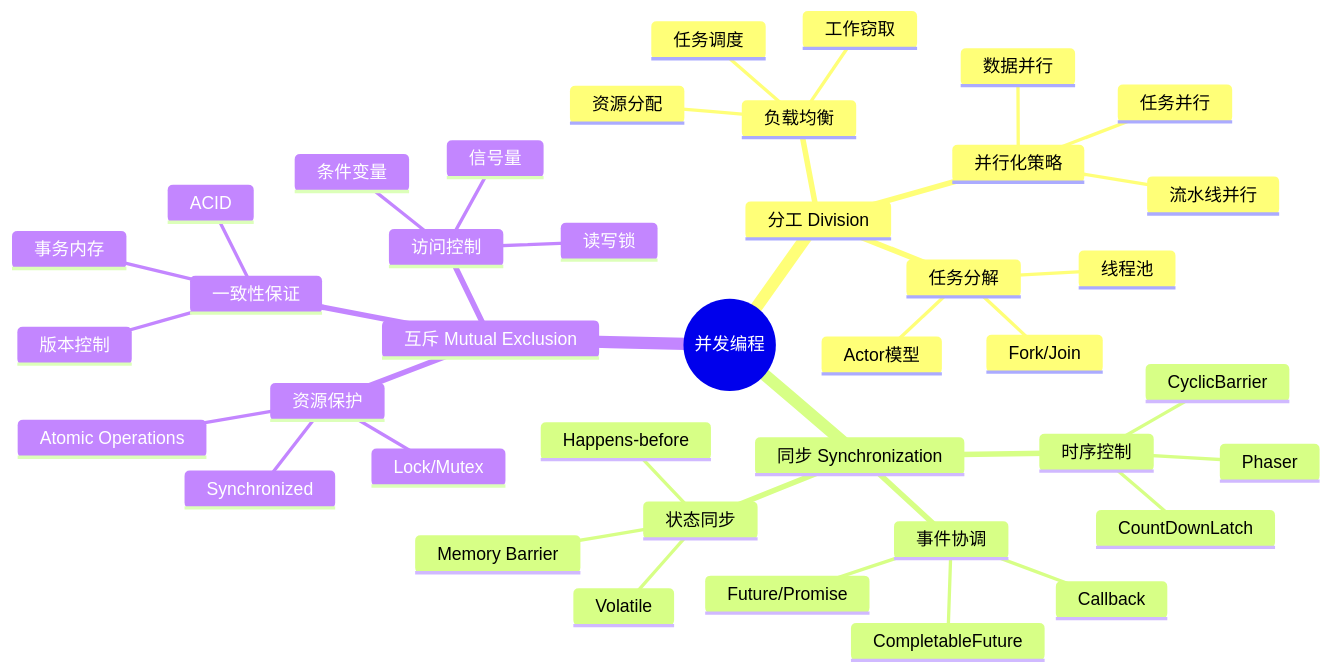
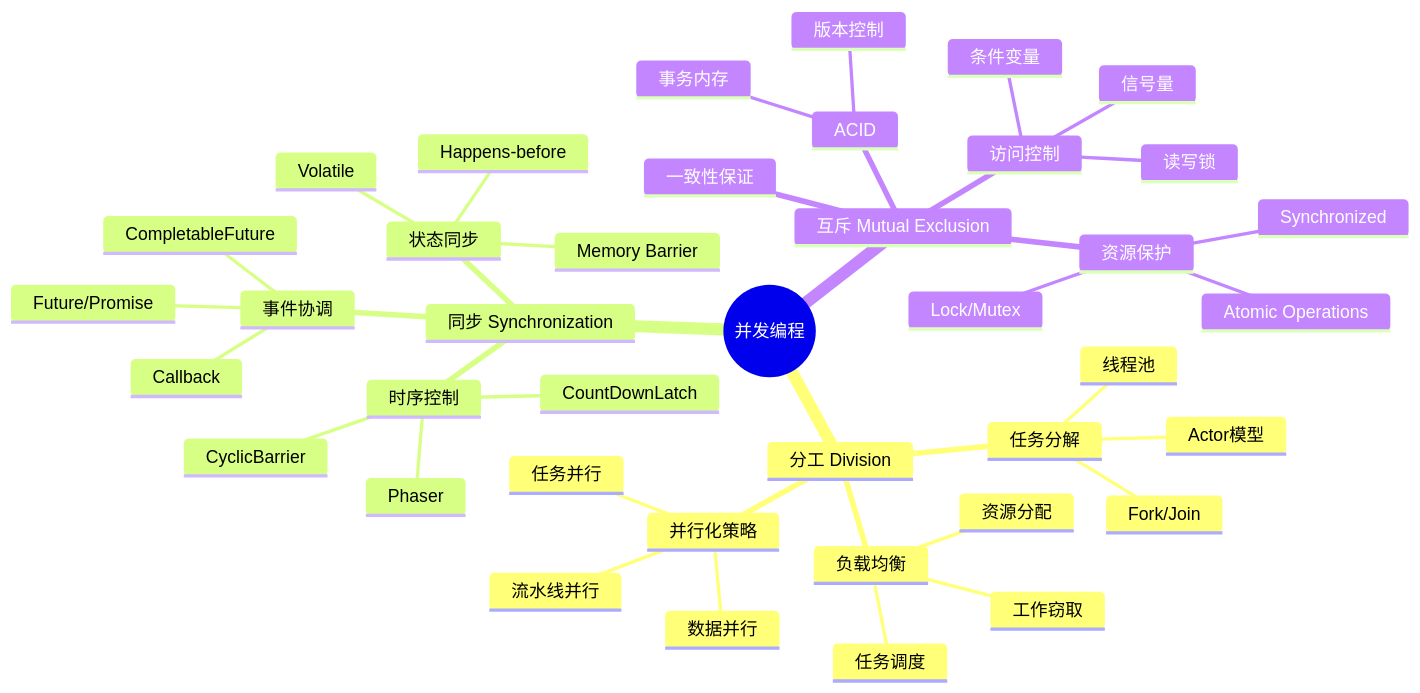
The fourth of 27 diagrams in 00.通用技术的提升/02.程序编程原理/15.并发编程设计思想.md (chongyang211/YCBookBlog), drawn with Mermaid before and after one commit. The commit also changed other lines of this file and 2 other files, not shown here.

````diff
--- a/00.通用技术的提升/02.程序编程原理/15.并发编程设计思想.md
+++ b/00.通用技术的提升/02.程序编程原理/15.并发编程设计思想.md
@@ -155,43 +201,43 @@
 ```mermaid
 mindmap
   root((并发编程))
     分工 Division
       任务分解
         Fork/Join
         线程池
         Actor模型
       负载均衡
         工作窃取
         任务调度
         资源分配
       并行化策略
         数据并行
         任务并行
         流水线并行
     同步 Synchronization
       时序控制
         CountDownLatch
         CyclicBarrier
         Phaser
       事件协调
         Future/Promise
         CompletableFuture
         Callback
       状态同步
         Volatile
         Memory Barrier
         Happens-before
     互斥 Mutual Exclusion
       资源保护
         Lock/Mutex
         Synchronized
         Atomic Operations
       访问控制
         读写锁
         信号量
         条件变量
       一致性保证
-        ACID
+      ACID
         事务内存
         版本控制
 ```
````
